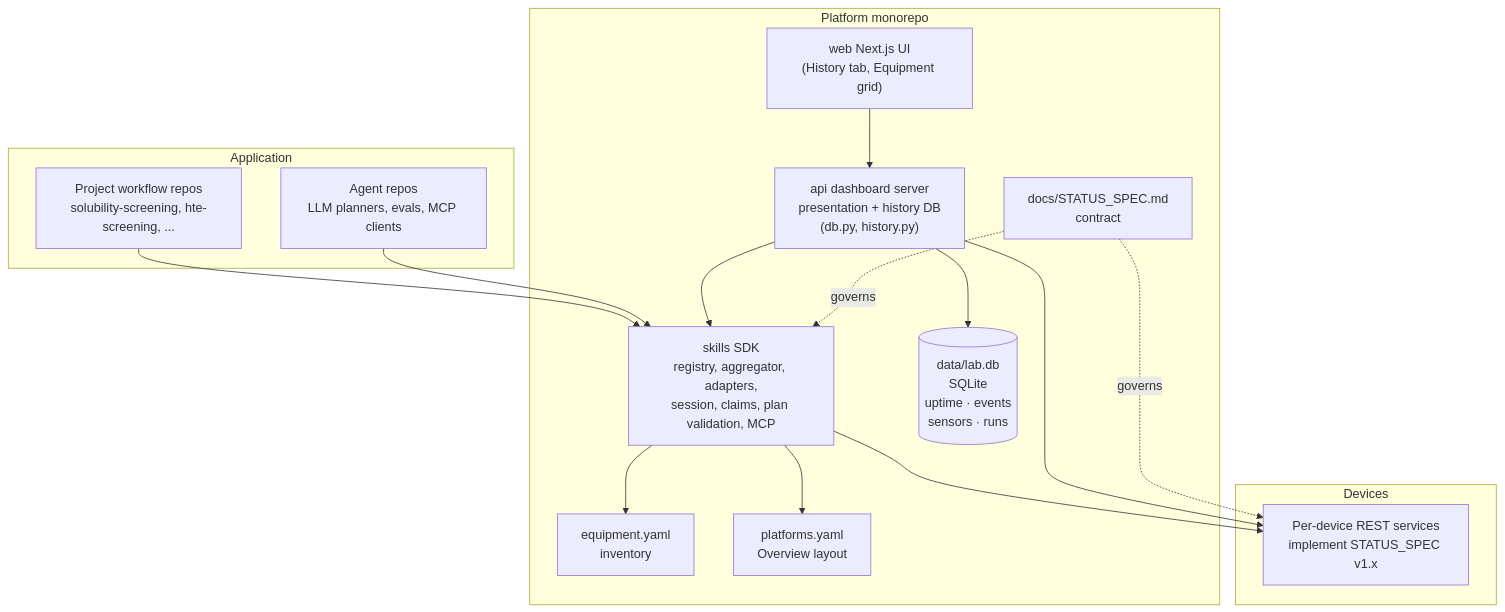
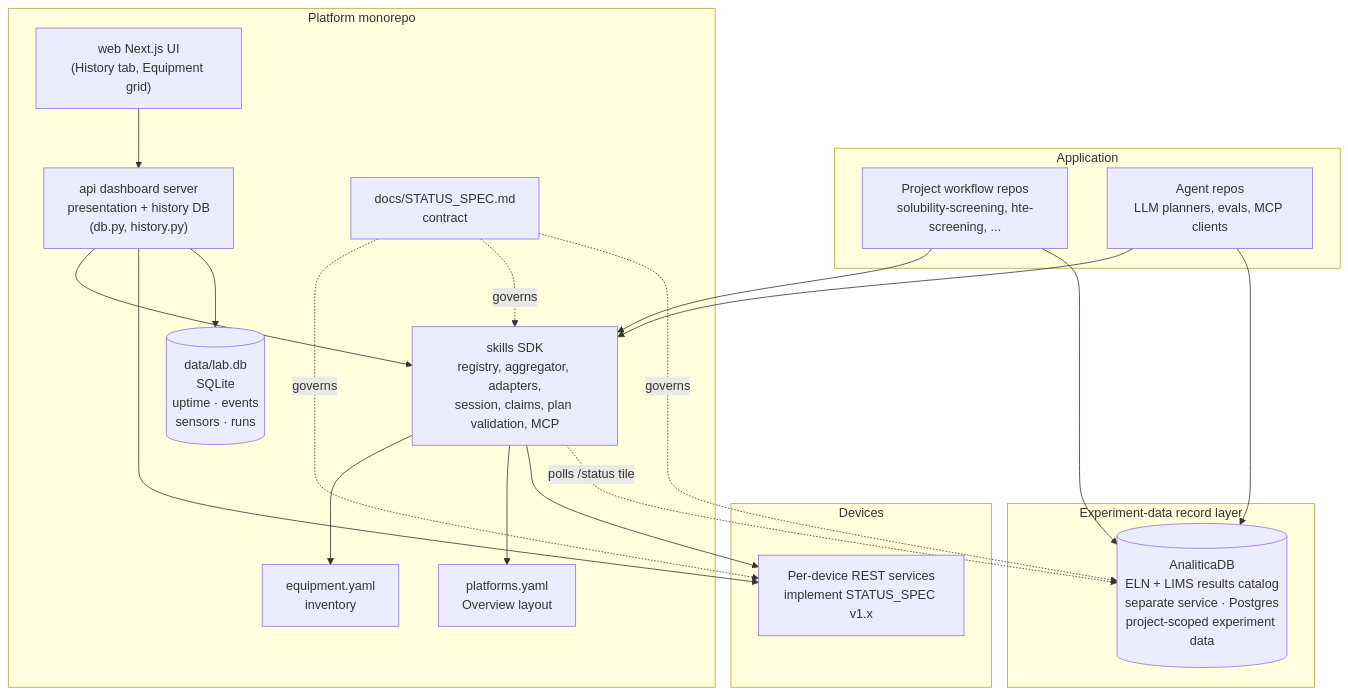
The diagram in docs/ARCHITECTURE.md (AccelerationConsortium/ac-organic-lab), drawn with Mermaid before and after one commit. The commit also changed other lines of this file, not shown here.

Commit message:
docs(architecture): reference AnaliticaDB experiment-data record layer
Add the experiment-data record store (AnaliticaDB, the ELN + LIMS results
catalog) to ARCHITECTURE.md, focused on the Layered system section:

- Diagram: new "Experiment-data record layer" subgraph with AnaliticaDB as a
  datastore node; workflows/agents write results to it, the aggregator polls
  its /status for the dashboard tile, and STATUS_SPEC governs it.
- Prose: place it alongside the three layers and distinguish it from the
  platform's operational history DB (lab.db) — lab.db is public telemetry;
  AnaliticaDB is project-scoped scientific results under the can_read policy
  shared with ac_auth.
- Add it to the "does not house" list and link AUTH_DESIGN.md +
  ANALITICADB_ELN_LIMS_DESIGN.md from See also.

````diff
--- a/docs/ARCHITECTURE.md
+++ b/docs/ARCHITECTURE.md
@@ -26,33 +27,41 @@
 ```mermaid
 graph TB
     subgraph applayer [Application]
       proj["Project workflow repos<br/>solubility-screening, hte-screening, ..."]
       agents["Agent repos<br/>LLM planners, evals, MCP clients"]
     end
 
     subgraph platform [Platform monorepo]
       skills["skills SDK<br/>registry, aggregator, adapters,<br/>session, claims, plan validation, MCP"]
       api["api dashboard server<br/>presentation + history DB<br/>(db.py, history.py)"]
       db[("data/lab.db<br/>SQLite<br/>uptime · events<br/>sensors · runs")]
       web["web Next.js UI<br/>(History tab, Equipment grid)"]
       yaml["equipment.yaml<br/>inventory"]
       platforms["platforms.yaml<br/>Overview layout"]
       spec["docs/STATUS_SPEC.md<br/>contract"]
     end
 
     subgraph devicelayer [Devices]
       dev["Per-device REST services<br/>implement STATUS_SPEC v1.x"]
     end
 
+    subgraph recordlayer [Experiment-data record layer]
+      analitica[("AnaliticaDB<br/>ELN + LIMS results catalog<br/>separate service · Postgres<br/>project-scoped experiment data")]
+    end
+
     proj --> skills
     agents --> skills
     api --> skills
     web --> api
     skills --> yaml
     skills --> platforms
     skills --> dev
     api --> dev
     api --> db
+    proj --> analitica
+    agents --> analitica
+    skills -.polls /status tile.-> analitica
     spec -.governs.-> dev
     spec -.governs.-> skills
+    spec -.governs.-> analitica
 ```
````
